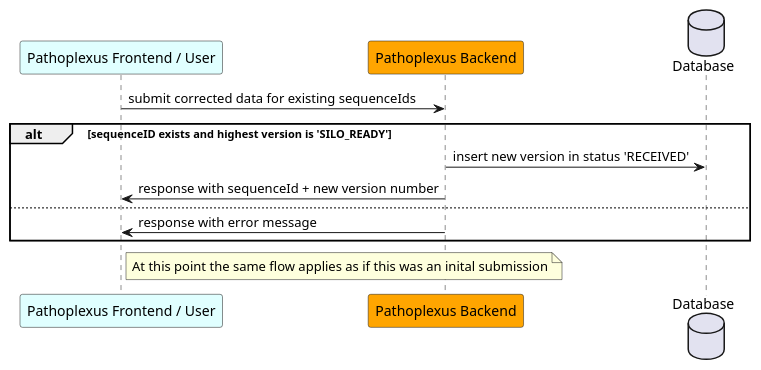
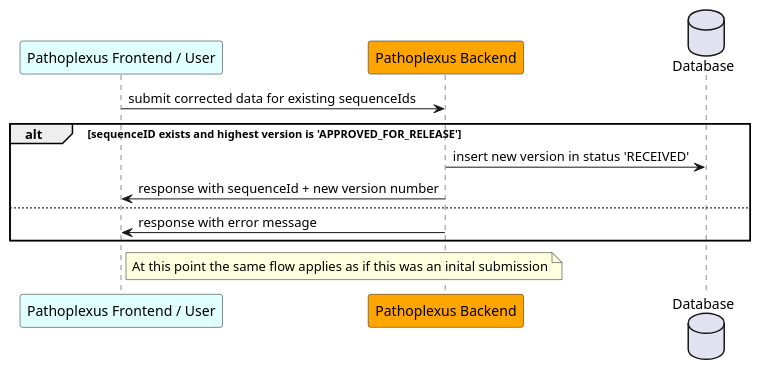
The diagram in backend/docs/plantuml/sequenceRevision.puml (loculus-project/loculus), drawn with PlantUML before and after one commit. The commit also changed 31 other files, not shown here.

```diff
--- a/backend/docs/plantuml/sequenceRevision.puml
+++ b/backend/docs/plantuml/sequenceRevision.puml
@@ -1,19 +1,19 @@
 @startuml
     participant "Pathoplexus Frontend / User" as frontend #LightCyan
     participant "Pathoplexus Backend" as backend #Orange
     database "Database" as DB
 
 
     frontend -> backend: submit corrected data for existing sequenceIds
 
-    alt sequenceID exists and highest version is 'SILO_READY'
+    alt sequenceID exists and highest version is 'APPROVED_FOR_RELEASE'
         backend -> DB: insert new version in status 'RECEIVED'
     backend -> frontend: response with sequenceId + new version number
     else
         backend -> frontend: response with error message
     end
 
     note right of frontend
         At this point the same flow applies as if this was an inital submission
     end note
 @enduml
```
